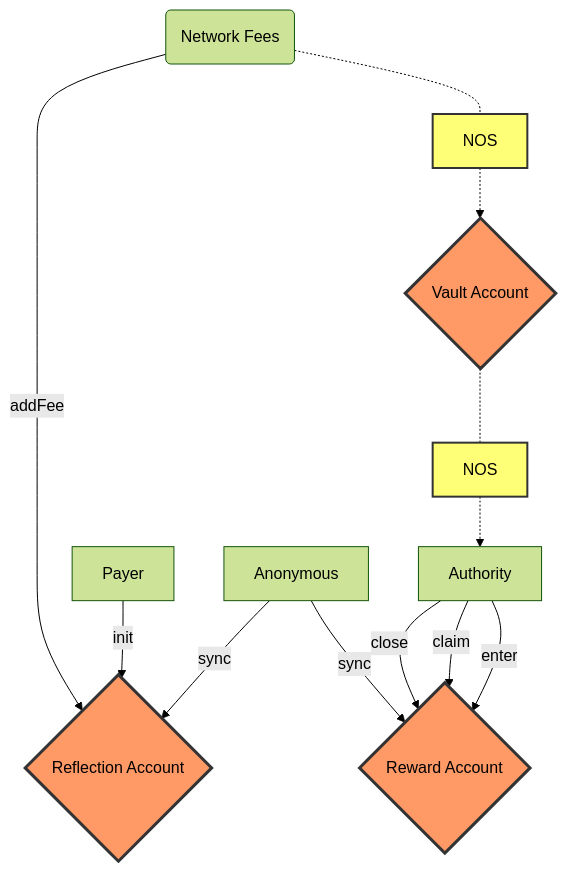
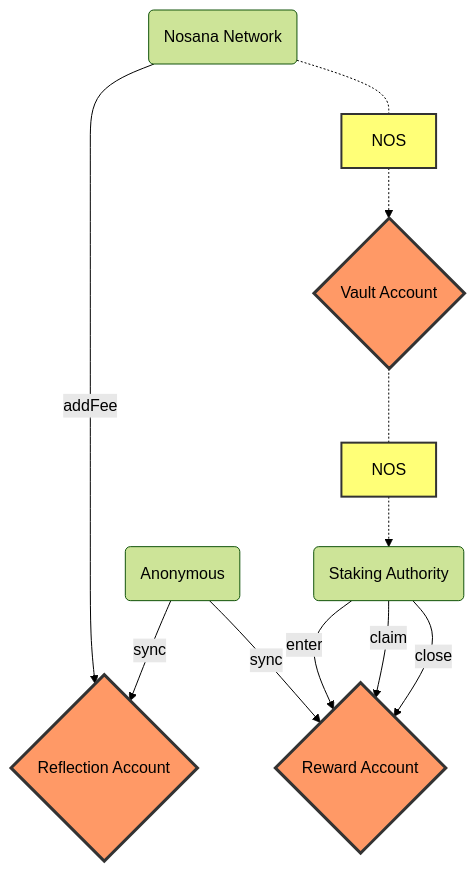
One commit to nosana-ci/docs.nosana.io changed the diagram in docs/programs/rewards.md. Above: the diagram before and after it, drawn with Mermaid (forest theme). The commit also changed other lines of this file and 3 other files, not shown here.

Commit message:
update diagrams

````diff
--- a/docs/programs/rewards.md
+++ b/docs/programs/rewards.md
@@ -346,20 +346,29 @@
 ```mermaid
 flowchart TB
-    Authority -- enter --> di1{Reward Account}
-    Authority -- claim --> di1{Reward Account}
-    Authority -- close --> di1{Reward Account}
+    authority -- enter --> reward
+    authority -- claim --> reward
+    authority -- close --> reward
 
-    Anonymous -- sync --> di1{Reward Account}
-    Anonymous -- sync --> di3{Reflection Account}
+    anybody -- sync --> reflection
+    anybody -- sync --> reward
 
-    Payer -- init --> di3{Sats Account}
+    network -- addFee --> reflection
+    network -.- nos1 -.-> vault -.- nos2 -.-> authority
 
-    ci(Network Fees) -- addFee --> di3{Reflection Account}
-    ci(Network Fees) -.- sq1[NOS] -.->di2{Vault Account} -.- sq2[NOS] -.-> Authority
+    authority(Staking Authority)
+    network(Nosana Network)
+    anybody(Anonymous)
+
+    reward{Reward Account}
+    vault{Vault Account}
+    reflection{Reflection Account}
+
+    nos1[NOS]
+    nos2[NOS]
 
     classDef orange fill:#f96,stroke:#333,stroke-width:3px;
     classDef yellow fill:#ff7,stroke:#333,stroke-width:2px;
 
-    class di1,di2,di3 orange
-    class sq1,sq2 yellow
+    class reward,vault,reflection orange
+    class nos1,nos2 yellow
 ```
````
